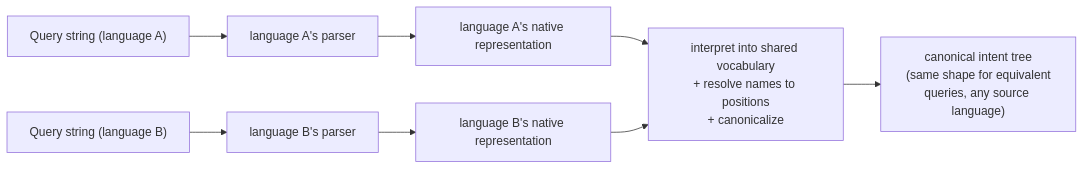
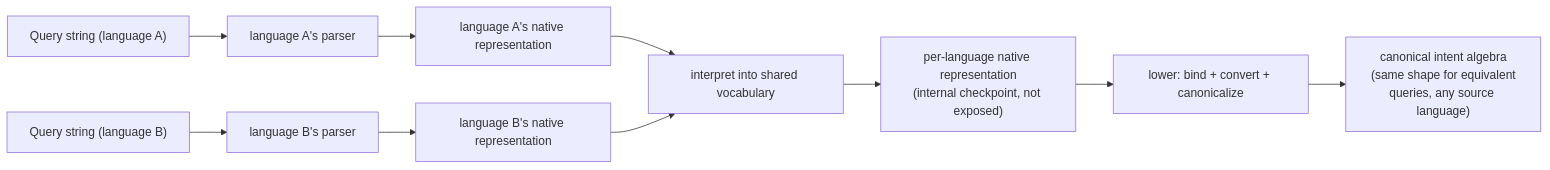
The first of 5 diagrams in docs/design.md (ProjectASAP/ASAPPlanner), drawn with Mermaid before and after one commit. The commit also changed other lines of this file, not shown here.

````diff
--- a/docs/design.md
+++ b/docs/design.md
@@ -62,8 +89,10 @@
 ```mermaid
 flowchart LR
     P["Query string (language A)"] --> PA["language A's parser"] --> PR["language A's native representation"]
     S["Query string (language B)"] --> SA["language B's parser"] --> SR["language B's native representation"]
-    PR --> SH["interpret into shared vocabulary\n+ resolve names to positions\n+ canonicalize"]
+    PR --> SH["interpret into shared vocabulary"]
     SR --> SH
-    SH --> L1T["canonical intent tree\n(same shape for equivalent\nqueries, any source language)"]
+    SH --> NR["per-language native representation\n(internal checkpoint, not exposed)"]
+    NR --> LO["lower: bind + convert + canonicalize"]
+    LO --> L1T["canonical intent algebra\n(same shape for equivalent\nqueries, any source language)"]
 ```
````
